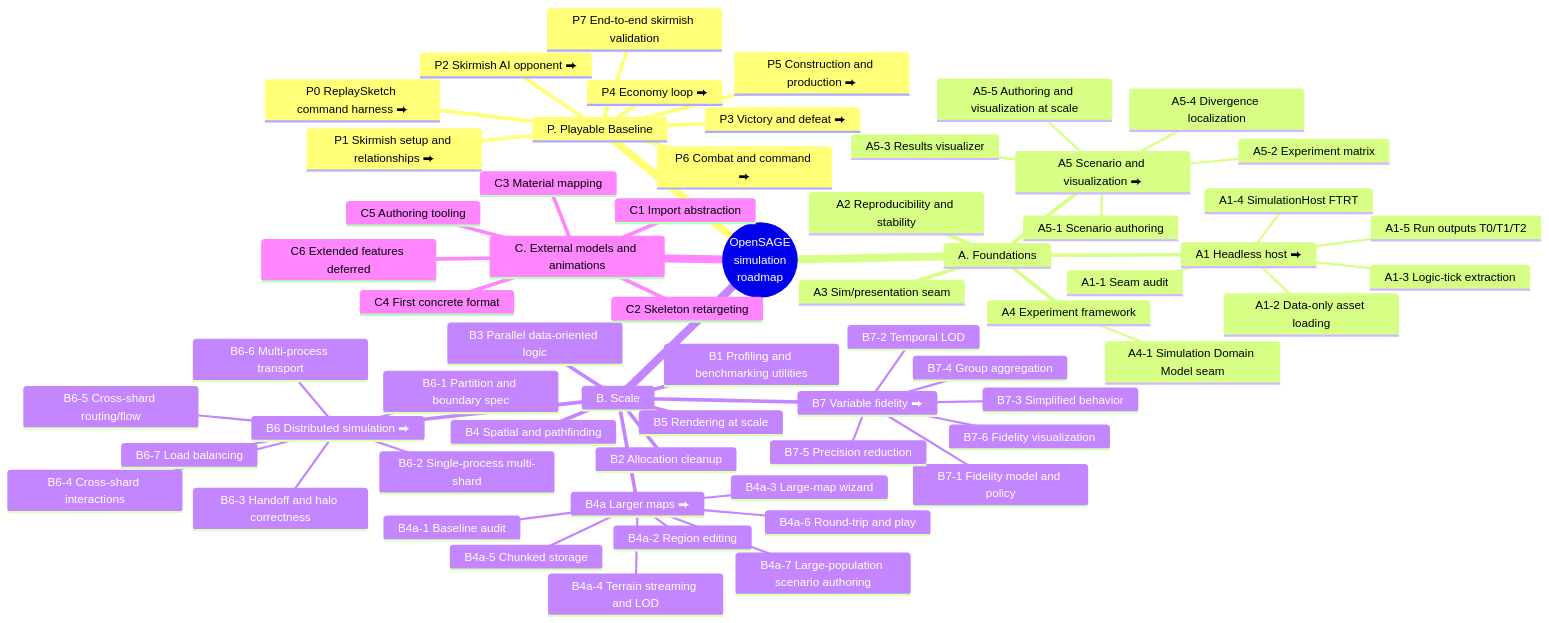
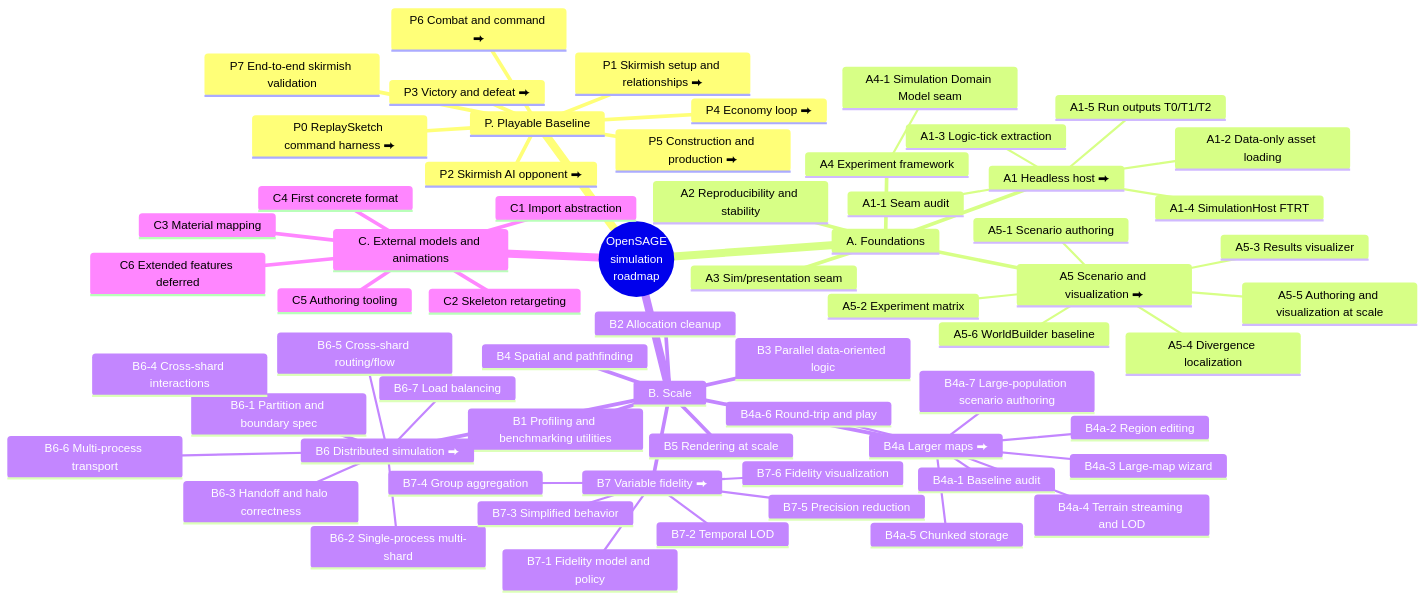
The first of 2 diagrams in docs/roadmap/roadmap-tree.md (rmessinger/Panopticon), drawn with Mermaid before and after one commit. The commit also changed other lines of this file and 70 other files, not shown here.

````diff
--- a/docs/roadmap/roadmap-tree.md
+++ b/docs/roadmap/roadmap-tree.md
@@ -33,66 +33,67 @@
 ```mermaid
 mindmap
   root((OpenSAGE<br/>simulation<br/>roadmap))
     P. Playable Baseline
       P0 ReplaySketch command harness ⮕
       P1 Skirmish setup and relationships ⮕
       P2 Skirmish AI opponent ⮕
       P3 Victory and defeat ⮕
       P4 Economy loop ⮕
       P5 Construction and production ⮕
       P6 Combat and command ⮕
       P7 End-to-end skirmish validation
     A. Foundations
       A1 Headless host ⮕
         A1-1 Seam audit
         A1-2 Data-only asset loading
         A1-3 Logic-tick extraction
         A1-4 SimulationHost FTRT
         A1-5 Run outputs T0/T1/T2
       A2 Reproducibility and stability
       A3 Sim/presentation seam
       A4 Experiment framework
         A4-1 Simulation Domain Model seam
       A5 Scenario and visualization ⮕
         A5-1 Scenario authoring
         A5-2 Experiment matrix
         A5-3 Results visualizer
         A5-4 Divergence localization
         A5-5 Authoring and visualization at scale
+        A5-6 WorldBuilder baseline
     B. Scale
       B1 Profiling and benchmarking utilities
       B2 Allocation cleanup
       B3 Parallel data-oriented logic
       B4 Spatial and pathfinding
       B4a Larger maps ⮕
         B4a-1 Baseline audit
         B4a-2 Region editing
         B4a-3 Large-map wizard
         B4a-4 Terrain streaming and LOD
         B4a-5 Chunked storage
         B4a-6 Round-trip and play
         B4a-7 Large-population scenario authoring
       B5 Rendering at scale
       B6 Distributed simulation ⮕
         B6-1 Partition and boundary spec
         B6-2 Single-process multi-shard
         B6-3 Handoff and halo correctness
         B6-4 Cross-shard interactions
         B6-5 Cross-shard routing/flow
         B6-6 Multi-process transport
         B6-7 Load balancing
       B7 Variable fidelity ⮕
         B7-1 Fidelity model and policy
         B7-2 Temporal LOD
         B7-3 Simplified behavior
         B7-4 Group aggregation
         B7-5 Precision reduction
         B7-6 Fidelity visualization
     C. External models and animations
       C1 Import abstraction
       C2 Skeleton retargeting
       C3 Material mapping
       C4 First concrete format
       C5 Authoring tooling
       C6 Extended features deferred
 ```
````
